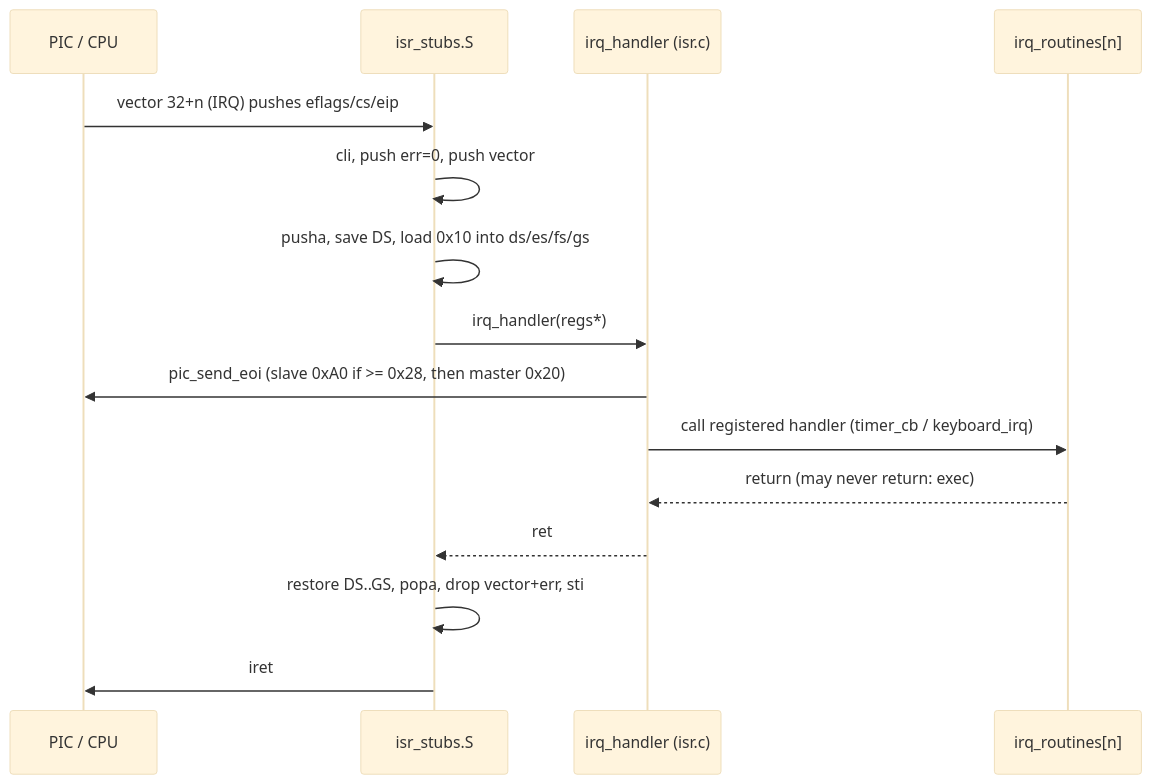
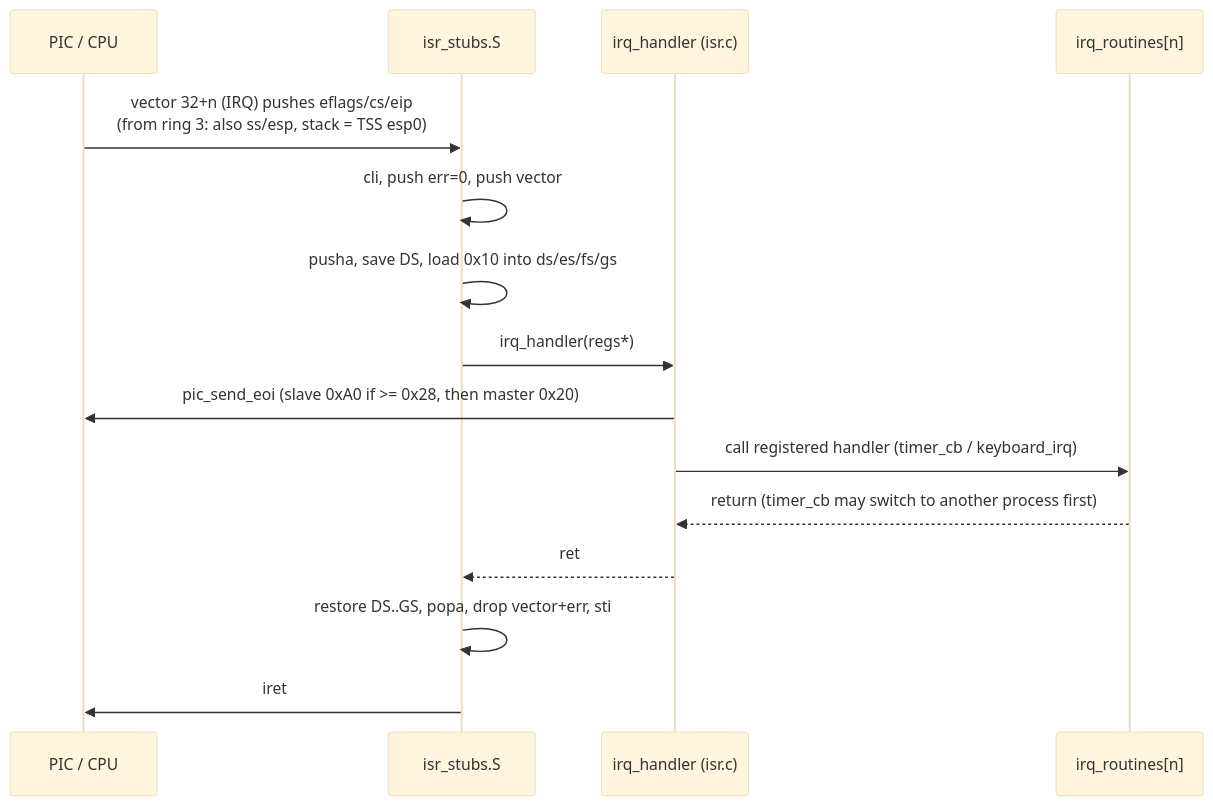
Before and after one commit to Bobliuuu/bobliu-os: the third of 8 diagrams in docs/architecture.md, drawn with Mermaid (base theme). The commit also changed other lines of this file and 1 other file, not shown here.

Commit message:
update docs for the process model and user shell

````diff
--- a/docs/architecture.md
+++ b/docs/architecture.md
@@ -180,17 +210,17 @@
 ```mermaid
 sequenceDiagram
     participant HW as PIC / CPU
     participant ST as isr_stubs.S
     participant IRQ as irq_handler (isr.c)
     participant H as irq_routines[n]
-    HW->>ST: vector 32+n (IRQ) pushes eflags/cs/eip
+    HW->>ST: vector 32+n (IRQ) pushes eflags/cs/eip<br/>(from ring 3: also ss/esp, stack = TSS esp0)
     ST->>ST: cli, push err=0, push vector
     ST->>ST: pusha, save DS, load 0x10 into ds/es/fs/gs
     ST->>IRQ: irq_handler(regs*)
     IRQ->>HW: pic_send_eoi (slave 0xA0 if >= 0x28, then master 0x20)
     IRQ->>H: call registered handler (timer_cb / keyboard_irq)
-    H-->>IRQ: return (may never return: exec)
+    H-->>IRQ: return (timer_cb may switch to another process first)
     IRQ-->>ST: ret
     ST->>ST: restore DS..GS, popa, drop vector+err, sti
     ST->>HW: iret
 ```
````
